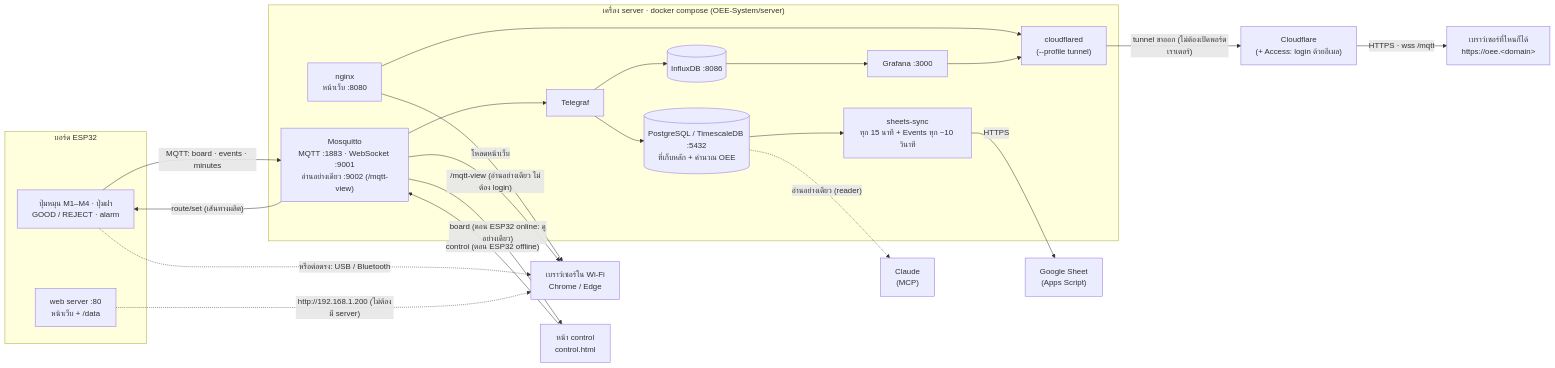
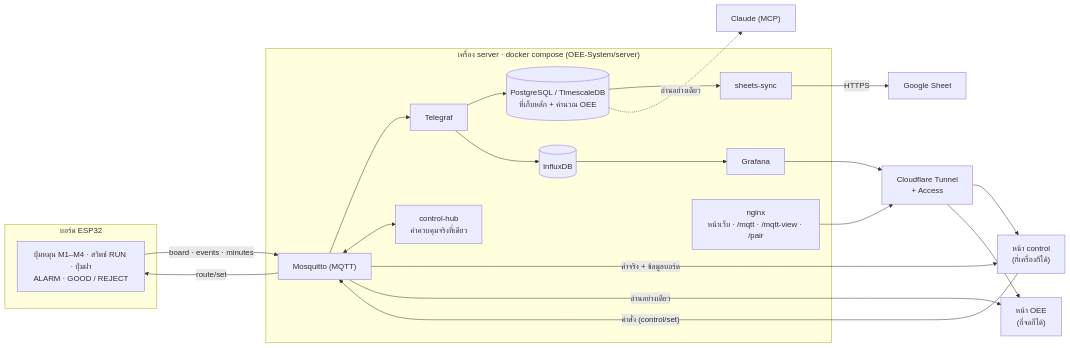
The diagram in README.md (tazriqq/Smart-Factory-G3), drawn with Mermaid before and after one commit. The commit also changed other lines of this file and 2 other files, not shown here.

````diff
--- a/README.md
+++ b/README.md
@@ -5,45 +18,38 @@
 ```mermaid
 flowchart LR
     subgraph board["บอร์ด ESP32"]
-        hw["ปุ่มหมุน M1–M4 · ปุ่มฝา<br/>GOOD / REJECT · alarm"]
-        bweb["web server :80<br/>หน้าเว็บ + /data"]
+        hw["ปุ่มหมุน M1–M4 · สวิตช์ RUN · ปุ่มฝา<br/>ALARM · GOOD / REJECT"]
     end
 
     subgraph server["เครื่อง server · docker compose (OEE-System/server)"]
-        mq["Mosquitto<br/>MQTT :1883 · WebSocket :9001<br/>อ่านอย่างเดียว :9002 (/mqtt-view)"]
-        web["nginx<br/>หน้าเว็บ :8080"]
+        mq["Mosquitto (MQTT)"]
+        hub["control-hub<br/>ค่าควบคุมจริงที่เดียว"]
         tg["Telegraf"]
-        pg[("PostgreSQL / TimescaleDB :5432<br/>ที่เก็บหลัก + คำนวณ OEE")]
-        ifx[("InfluxDB :8086")]
-        gf["Grafana :3000"]
-        ss["sheets-sync<br/>ทุก 15 นาที + Events ทุก ~10 วินาที"]
-        cf["cloudflared<br/>(--profile tunnel)"]
+        pg[("PostgreSQL / TimescaleDB<br/>ที่เก็บหลัก + คำนวณ OEE")]
+        ifx[("InfluxDB")]
+        gf["Grafana"]
+        ss["sheets-sync"]
+        web["nginx<br/>หน้าเว็บ · /mqtt · /mqtt-view · /pair"]
     end
 
-    browser["เบราว์เซอร์ใน Wi-Fi<br/>Chrome / Edge"]
-    ctlpage["หน้า control<br/>control.html"]
-    remote["เบราว์เซอร์ที่ไหนก็ได้<br/>https://oee.&lt;domain&gt;"]
-    cloud["Cloudflare<br/>(+ Access: login ด้วยอีเมล)"]
-    gs["Google Sheet<br/>(Apps Script)"]
-    claude["Claude<br/>(MCP)"]
+    ctl["หน้า control<br/>(กี่เครื่องก็ได้)"]
+    oee["หน้า OEE<br/>(กี่จอก็ได้)"]
+    gs["Google Sheet"]
+    claude["Claude (MCP)"]
+    cf["Cloudflare Tunnel<br/>+ Access"]
 
-    hw -- "MQTT: board · events · minutes" --> mq
-    mq -- "route/set (เส้นทางผลิต)" --> hw
-    ctlpage -- "control (ตอน ESP32 offline)" --> mq
-    mq -- "board (ตอน ESP32 online: ดูอย่างเดียว)" --> ctlpage
-    mq --> tg
-    tg --> pg
-    tg --> ifx
-    ifx --> gf
-    pg --> ss
-    ss -- HTTPS --> gs
-    pg -. "อ่านอย่างเดียว (reader)" .-> claude
-    web -- "โหลดหน้าเว็บ" --> browser
-    mq -- "/mqtt-view (อ่านอย่างเดียว ไม่ต้อง login)" --> browser
-    hw -. "หรือต่อตรง: USB / Bluetooth" .-> browser
-    bweb -. "http://192.168.1.200 (ไม่ต้องมี server)" .-> browser
+    hw -- "board · events · minutes" --> mq
+    mq -- "route/set" --> hw
+    mq --> tg --> pg
+    tg --> ifx --> gf
+    pg --> ss -- HTTPS --> gs
+    pg -. "อ่านอย่างเดียว" .-> claude
+    ctl -- "คำสั่ง (control/set)" --> mq
+    mq <--> hub
+    mq -- "ค่าจริง + ข้อมูลบอร์ด" --> ctl
+    mq -- "อ่านอย่างเดียว" --> oee
     web --> cf
     gf --> cf
-    cf -- "tunnel ขาออก (ไม่ต้องเปิดพอร์ตเราเตอร์)" --> cloud
-    cloud -- "HTTPS · wss /mqtt" --> remote
+    cf --> ctl
+    cf --> oee
 ```
````
